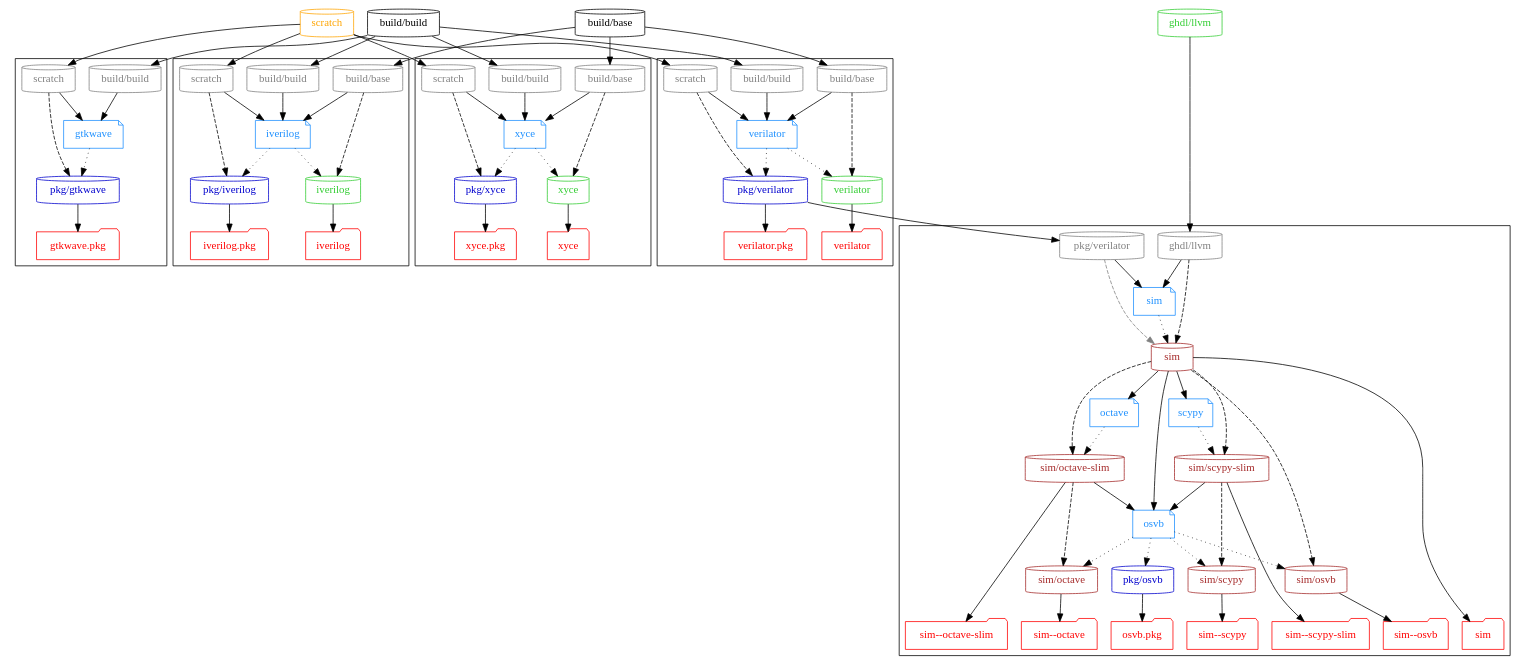
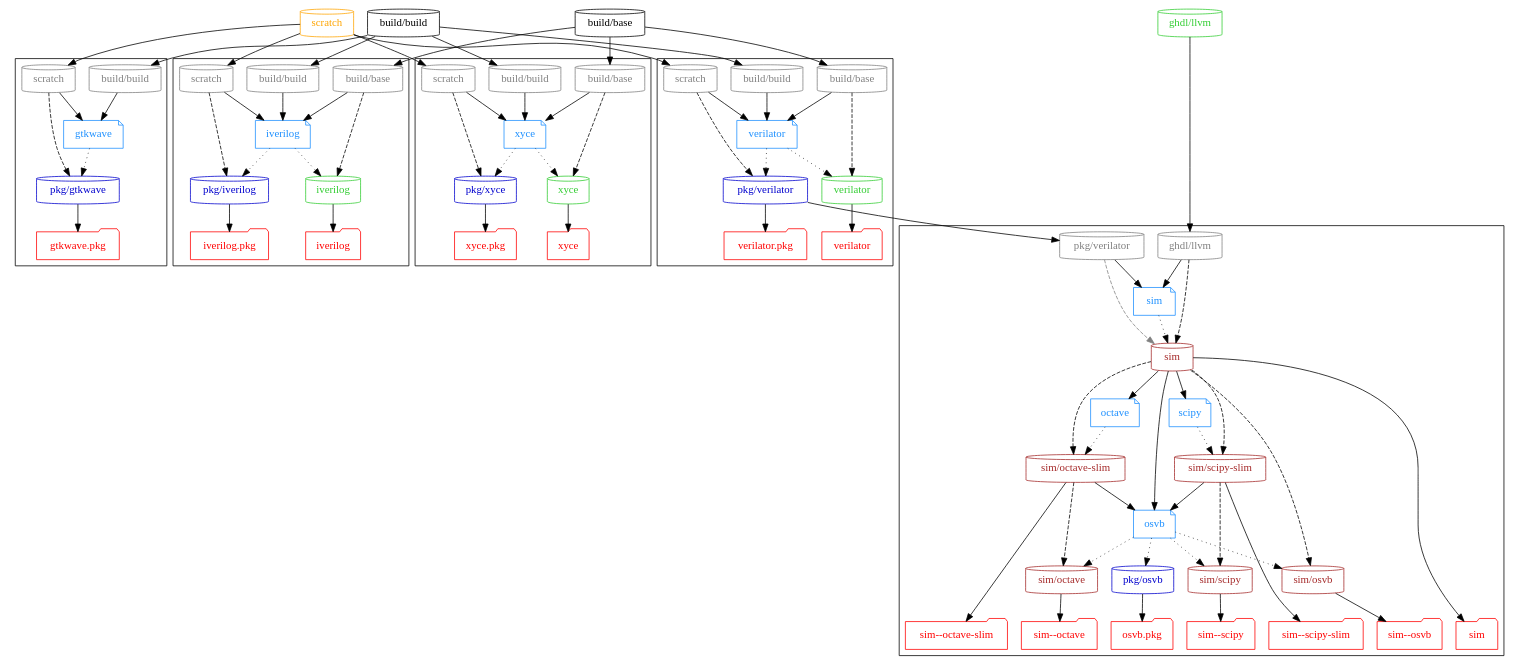
Before and after one commit to hdl/containers: the diagram in graph/sim.dot, drawn with Graphviz. The commit also changed 9 other files, not shown here.

Commit message:
it's 'scipy', not 'scypy'

```diff
--- a/graph/sim.dot
+++ b/graph/sim.dot
@@ -30,7 +30,7 @@
     d_verilator [label="verilator"];
     d_sim       [label="sim"];
     d_octave    [label="octave"];
-    d_scypy     [label="scypy"];
+    d_scipy     [label="scipy"];
     d_osvb      [label="osvb"];
     d_xyce      [label="xyce"];
   }
@@ -55,8 +55,8 @@
     }
     { node [color=brown, fontcolor=brown]
       "sim"
-      "sim/scypy-slim"
-      "sim/scypy"
+      "sim/scipy-slim"
+      "sim/scipy"
       "sim/octave-slim"
       "sim/octave"
       "sim/osvb"
@@ -149,23 +149,23 @@
 
     "sim" -> {
       d_osvb;
-      d_scypy;
+      d_scipy;
       d_octave
     };
 
     d_osvb -> {
       "pkg/osvb"
       "sim/osvb"
-      "sim/scypy"
+      "sim/scipy"
       "sim/octave"
     } [style=dotted];
 
     {
-      "sim/scypy-slim"
+      "sim/scipy-slim"
       "sim/octave-slim"
     } -> d_osvb;
 
-    d_scypy -> "sim/scypy-slim" [style=dotted];
+    d_scipy -> "sim/scipy-slim" [style=dotted];
     d_octave -> "sim/octave-slim" [style=dotted];
 
     { rank=same
@@ -173,8 +173,8 @@
       "t_sim"             [label="sim"];
       "t_pkg/osvb"        [label="osvb.pkg"];
       "t_sim/osvb"        [label="sim--osvb"];
-      "t_sim/scypy-slim"  [label="sim--scypy-slim"];
-      "t_sim/scypy"       [label="sim--scypy"];
+      "t_sim/scipy-slim"  [label="sim--scipy-slim"];
+      "t_sim/scipy"       [label="sim--scipy"];
       "t_sim/octave-slim" [label="sim--octave-slim"];
       "t_sim/octave"      [label="sim--octave"];
     }
@@ -182,8 +182,8 @@
     "sim" -> "t_sim";
     "pkg/osvb" -> "t_pkg/osvb";
     "sim/osvb" -> "t_sim/osvb";
-    "sim/scypy-slim" -> "t_sim/scypy-slim";
-    "sim/scypy" -> "t_sim/scypy";
+    "sim/scipy-slim" -> "t_sim/scipy-slim";
+    "sim/scipy" -> "t_sim/scipy";
     "sim/octave-slim" -> "t_sim/octave-slim";
     "sim/octave" -> "t_sim/octave";
   }
@@ -248,11 +248,11 @@
 
     "p_sim_ghdl/llvm" -> "sim" -> {
       "sim/osvb"
-      "sim/scypy-slim"
+      "sim/scipy-slim"
       "sim/octave-slim"
     };
 
-    "sim/scypy-slim" -> "sim/scypy";
+    "sim/scipy-slim" -> "sim/scipy";
     "sim/octave-slim" -> "sim/octave";
   }
 
```
